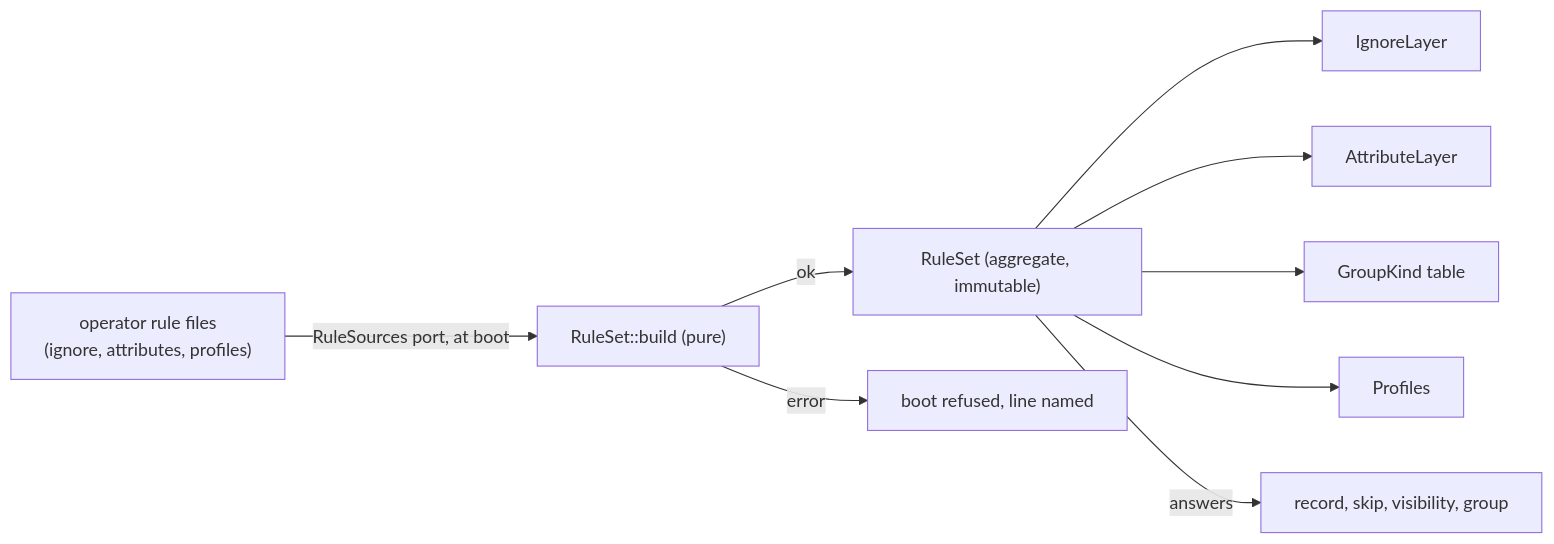
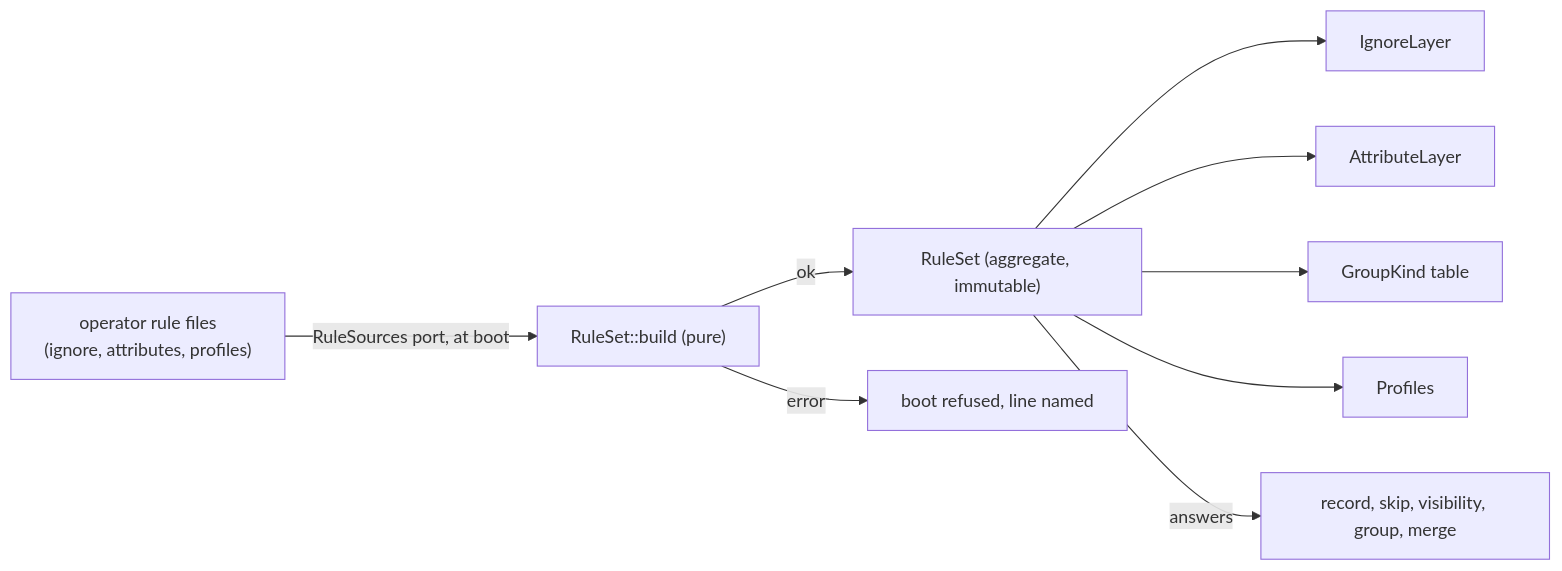
The first of 4 diagrams in docs/target-architecture/domains/rules.md (mcurcio/agentfs), drawn with Mermaid before and after one commit. The commit also changed other lines of this file and 12 other files, not shown here.

````diff
--- a/docs/target-architecture/domains/rules.md
+++ b/docs/target-architecture/domains/rules.md
@@ -54,11 +52,11 @@
 ```mermaid
 flowchart LR
   SRC["operator rule files<br/>(ignore, attributes, profiles)"] -->|RuleSources port, at boot| B["RuleSet::build (pure)"]
   B -->|ok| RS["RuleSet (aggregate, immutable)"]
   B -->|error| X["boot refused, line named"]
   RS --> IG["IgnoreLayer"]
   RS --> AT["AttributeLayer"]
   RS --> GK["GroupKind table"]
   RS --> PR["Profiles"]
-  RS -->|answers| V["record, skip, visibility, group"]
+  RS -->|answers| V["record, skip, visibility, group, merge"]
 ```
````
